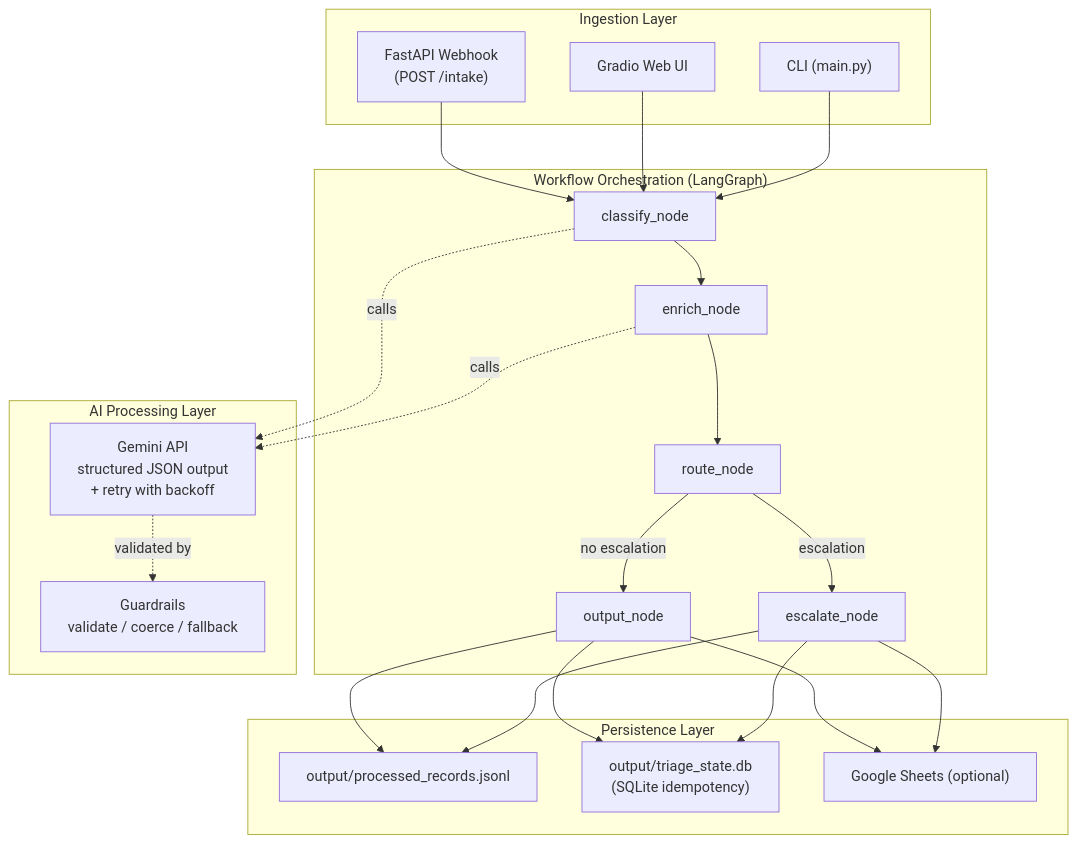
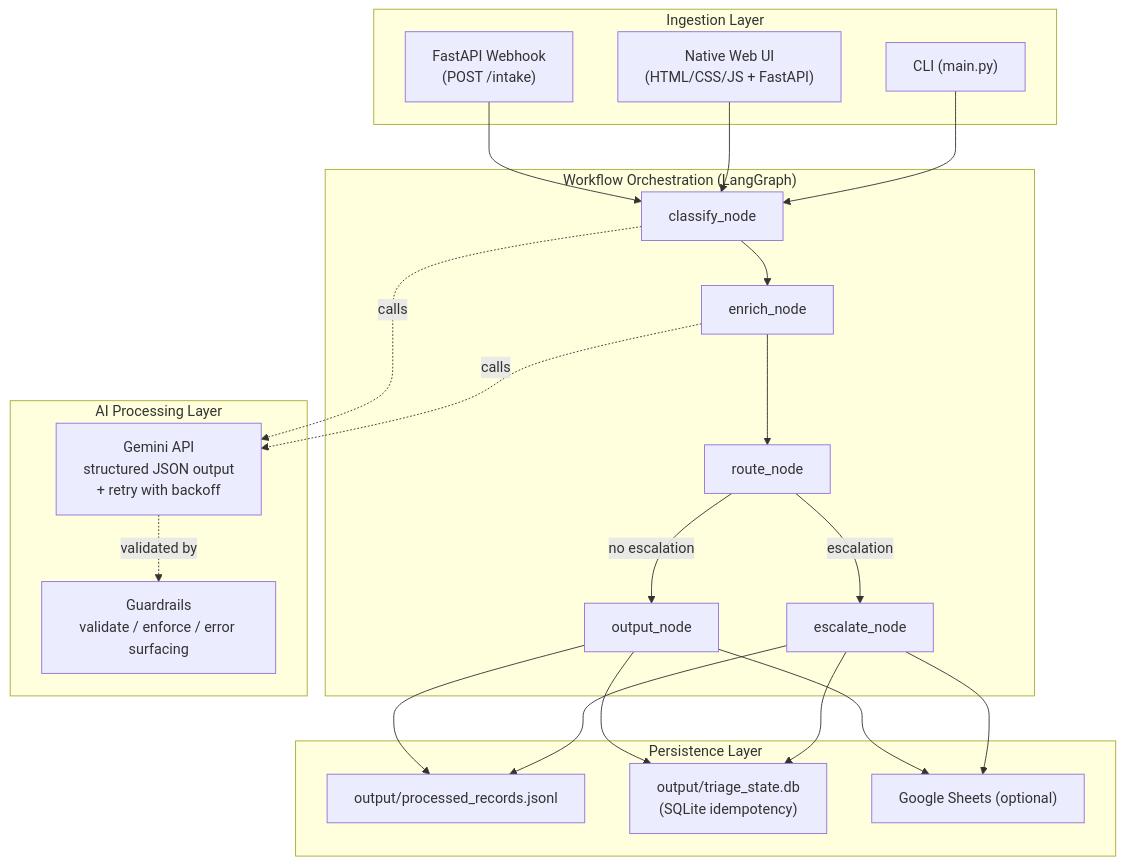
Before and after one commit to haelkh/aspire_assessment: the second of 2 diagrams in arcvault-triage/docs/architecture_writeup.md, drawn with Mermaid. The commit also changed other lines of this file and 22 other files, not shown here.

````diff
--- a/arcvault-triage/docs/architecture_writeup.md
+++ b/arcvault-triage/docs/architecture_writeup.md
@@ -24,43 +24,43 @@
 ```mermaid
 flowchart TB
     subgraph Ingestion["Ingestion Layer"]
         W["FastAPI Webhook<br/>(POST /intake)"]
-        UI["Gradio Web UI"]
+        UI["Native Web UI<br/>(HTML/CSS/JS + FastAPI)"]
         CLI["CLI (main.py)"]
     end
 
     subgraph Orchestration["Workflow Orchestration (LangGraph)"]
         CL["classify_node"]
         EN["enrich_node"]
         RT["route_node"]
         OUT["output_node"]
         ESC["escalate_node"]
     end
 
     subgraph AI["AI Processing Layer"]
         GEM["Gemini API<br/>structured JSON output<br/>+ retry with backoff"]
-        GUARD["Guardrails<br/>validate / coerce / fallback"]
+        GUARD["Guardrails<br/>validate / enforce / error surfacing"]
     end
 
     subgraph Persistence["Persistence Layer"]
         JSONL["output/processed_records.jsonl"]
         DB["output/triage_state.db<br/>(SQLite idempotency)"]
         SHEETS["Google Sheets (optional)"]
     end
 
     W --> CL
     UI --> CL
     CLI --> CL
     CL --> EN --> RT
     RT -->|no escalation| OUT
     RT -->|escalation| ESC
     CL -.->|calls| GEM
     EN -.->|calls| GEM
     GEM -.->|validated by| GUARD
     OUT --> JSONL
     OUT --> DB
     OUT --> SHEETS
     ESC --> JSONL
     ESC --> DB
     ESC --> SHEETS
 ```
````
